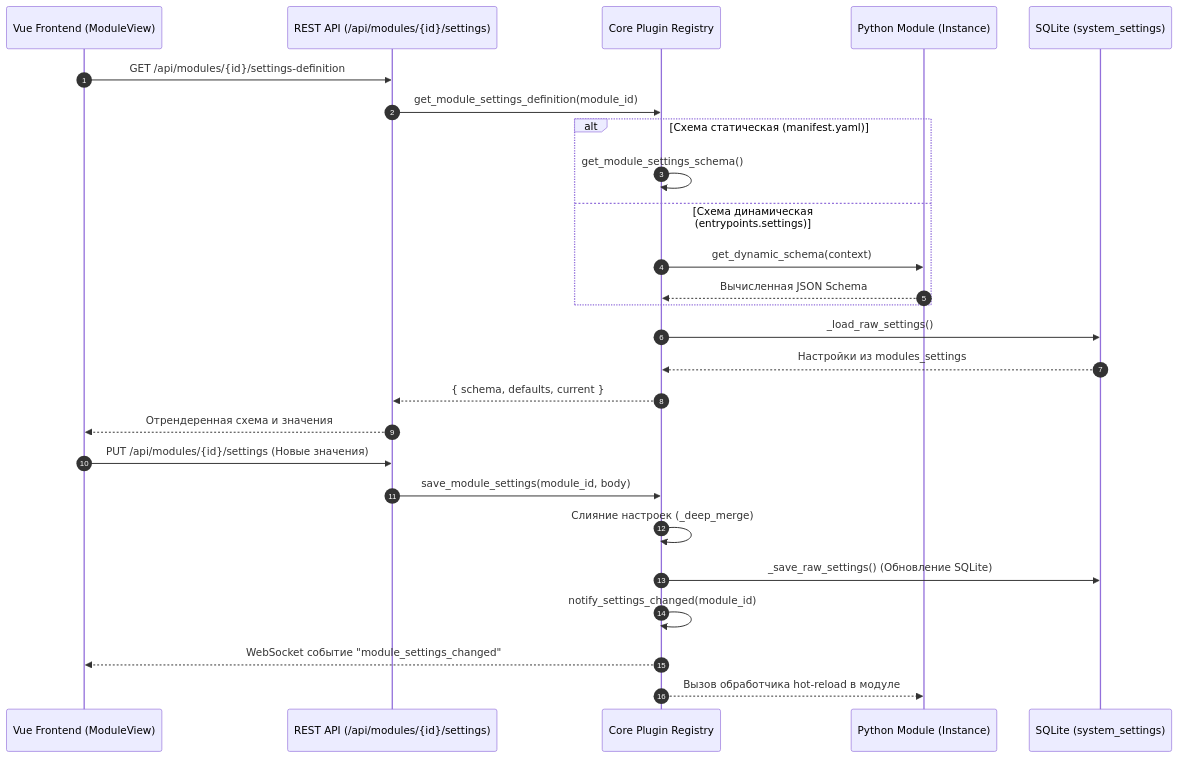
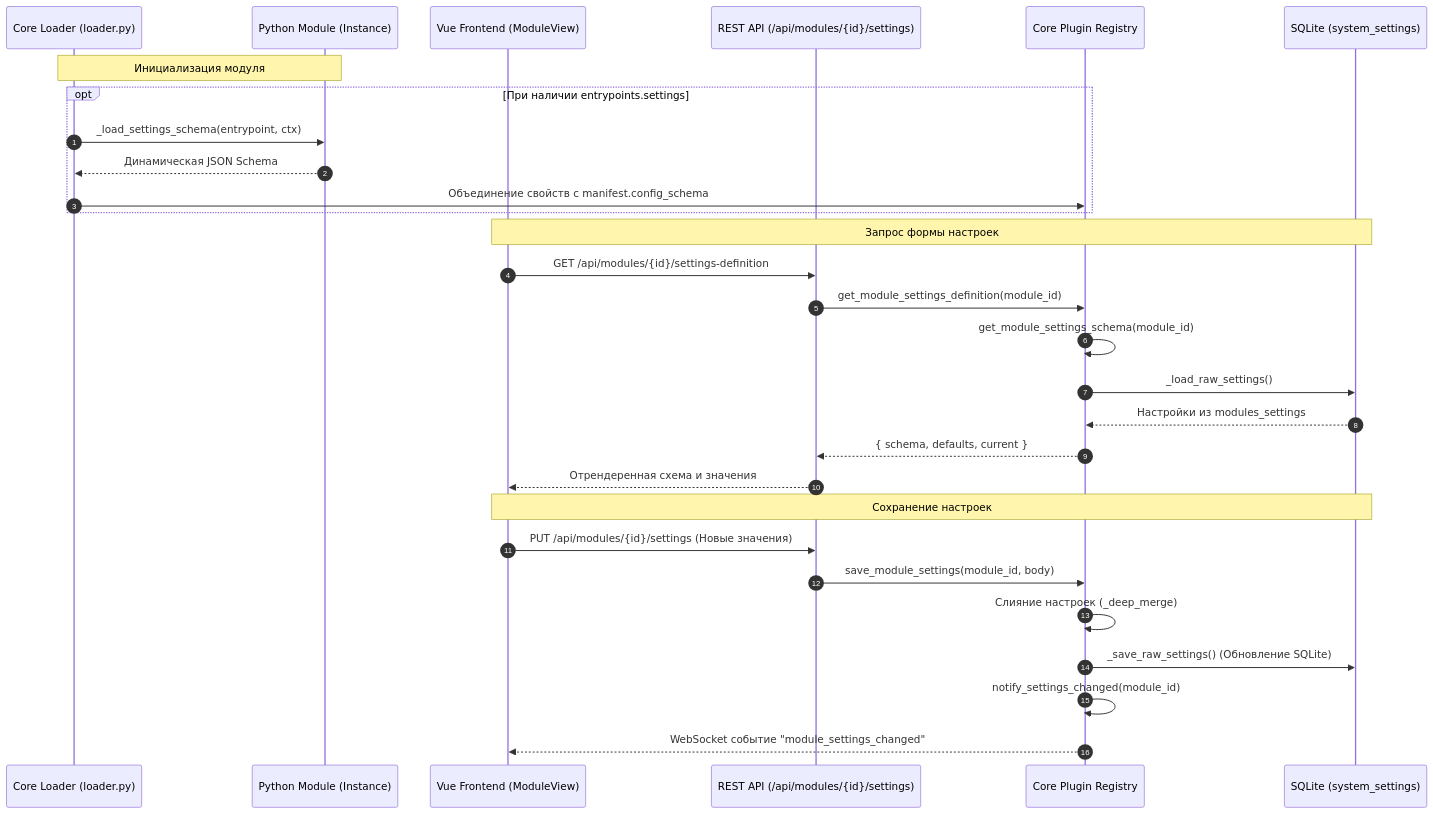
One commit to Apofixc/nms-webui changed the diagram in docs/wiki/03-module-development/05-module-settings.md. Above: the diagram before and after it, drawn with Mermaid. The commit also changed other lines of this file, not shown here.

Commit message:
docs: update module settings documentation for clarity and accuracy

````diff
--- a/docs/wiki/03-module-development/05-module-settings.md
+++ b/docs/wiki/03-module-development/05-module-settings.md
@@ -11,30 +11,34 @@
 ```mermaid
 sequenceDiagram
     autonumber
+    participant Loader as Core Loader (loader.py)
+    participant Mod as Python Module (Instance)
     participant UI as Vue Frontend (ModuleView)
     participant REST as REST API (/api/modules/{id}/settings)
     participant Reg as Core Plugin Registry
-    participant Mod as Python Module (Instance)
     participant DB as SQLite (system_settings)
 
+    Note over Loader,Mod: Инициализация модуля
+    opt При наличии entrypoints.settings
+        Loader->>Mod: _load_settings_schema(entrypoint, ctx)
+        Mod-->>Loader: Динамическая JSON Schema
+        Loader->>Reg: Объединение свойств с manifest.config_schema
+    end
+
+    Note over UI,DB: Запрос формы настроек
     UI->>REST: GET /api/modules/{id}/settings-definition
     REST->>Reg: get_module_settings_definition(module_id)
-    alt Схема статическая (manifest.yaml)
-        Reg->>Reg: get_module_settings_schema()
-    else Схема динамическая (entrypoints.settings)
-        Reg->>Mod: get_dynamic_schema(context)
-        Mod-->>Reg: Вычисленная JSON Schema
-    end
+    Reg->>Reg: get_module_settings_schema(module_id)
     Reg->>DB: _load_raw_settings()
     DB-->>Reg: Настройки из modules_settings
     Reg-->>REST: { schema, defaults, current }
     REST-->>UI: Отрендеренная схема и значения
 
+    Note over UI,DB: Сохранение настроек
     UI->>REST: PUT /api/modules/{id}/settings (Новые значения)
     REST->>Reg: save_module_settings(module_id, body)
     Reg->>Reg: Слияние настроек (_deep_merge)
     Reg->>DB: _save_raw_settings() (Обновление SQLite)
     Reg->>Reg: notify_settings_changed(module_id)
     Reg-->>UI: WebSocket событие "module_settings_changed"
-    Reg-->>Mod: Вызов обработчика hot-reload в модуле
 ```
````
